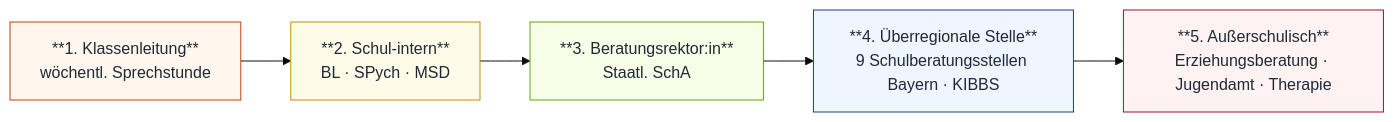
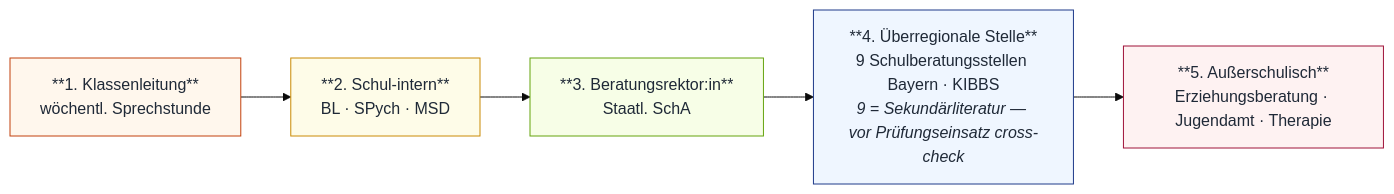
Before and after one commit to snflsknfkldnfs/weitergehts-online: the second of 2 diagrams in _mkdocs/docs/mp08/index.md, drawn with Mermaid (base theme). The commit also changed other lines of this file and 29 other files, not shown here.

````diff
--- a/_mkdocs/docs/mp08/index.md
+++ b/_mkdocs/docs/mp08/index.md
@@ -103,16 +103,16 @@
 ```mermaid
 flowchart LR
     KL["**1. Klassenleitung**<br/>wöchentl. Sprechstunde"]:::stage1
     SCHUL["**2. Schul-intern**<br/>BL · SPych · MSD"]:::stage2
     REKTOR["**3. Beratungsrektor:in**<br/>Staatl. SchA"]:::stage3
-    UEBER["**4. Überregionale Stelle**<br/>9 Schulberatungsstellen Bayern · KIBBS"]:::stage4
+    UEBER["**4. Überregionale Stelle**<br/>9 Schulberatungsstellen Bayern · KIBBS<br/><i>9 = Sekundärliteratur — vor Prüfungseinsatz cross-check</i>"]:::stage4
     AUSSER["**5. Außerschulisch**<br/>Erziehungsberatung · Jugendamt · Therapie"]:::stage5
 
     KL --> SCHUL --> REKTOR --> UEBER --> AUSSER
 
     classDef stage1 fill:#fff7ed,stroke:#c2410c,color:#1f2937
     classDef stage2 fill:#fefce8,stroke:#ca8a04,color:#1f2937
     classDef stage3 fill:#f7fee7,stroke:#65a30d,color:#1f2937
     classDef stage4 fill:#eff6ff,stroke:#1e3a8a,color:#1f2937
     classDef stage5 fill:#fef2f2,stroke:#9f1239,color:#1f2937
 ```
````
